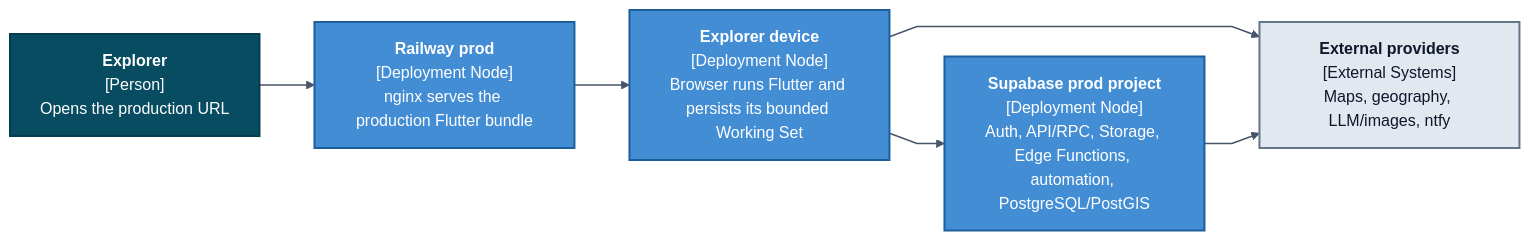
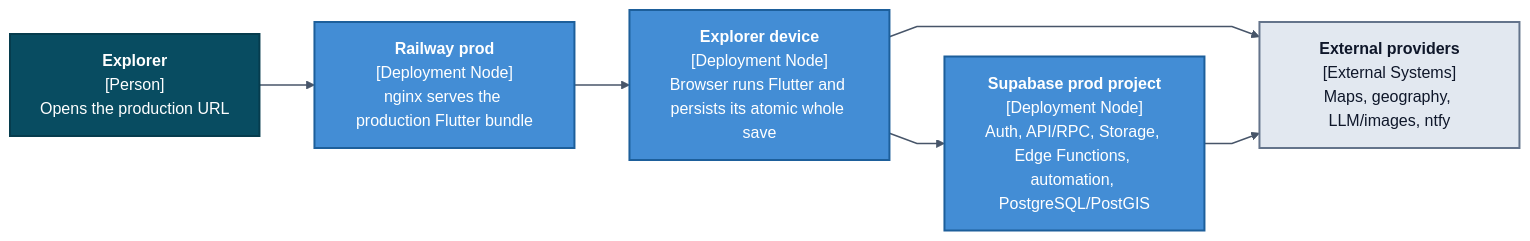
One commit to JMLegere/geo-app changed the diagram in docs/c4/11-deployment-prod-runtime.mmd. Above: the diagram before and after it, drawn with Mermaid. The commit also changed 46 other files, not shown here.

```diff
--- a/docs/c4/11-deployment-prod-runtime.mmd
+++ b/docs/c4/11-deployment-prod-runtime.mmd
@@ -1,22 +1,22 @@
 %% GENERATED by scripts/generate_c4_diagrams.py — do not edit.
 %%{init: {'theme': 'base', 'themeVariables': {'background': '#ffffff', 'primaryTextColor': '#0f172a', 'lineColor': '#475569', 'fontFamily': 'Arial, sans-serif', 'edgeLabelBackground': '#ffffff', 'actorLineColor': '#64748b', 'signalColor': '#334155', 'labelBoxBorderColor': '#475569', 'labelTextColor': '#0f172a', 'loopLineColor': '#64748b', 'loopTextColor': '#0f172a'}, 'sequence': {'mirrorActors': false, 'diagramMarginX': 30, 'diagramMarginY': 20, 'actorMargin': 40, 'messageMargin': 35}, 'flowchart': {'curve': 'linear', 'nodeSpacing': 40, 'rankSpacing': 55}}}%%
 flowchart LR
     explorer["<b>Explorer</b><br/>[Person]<br/>Opens the production URL"]
     railway["<b>Railway prod</b><br/>[Deployment Node]<br/>nginx serves the production Flutter bundle"]
-    device["<b>Explorer device</b><br/>[Deployment Node]<br/>Browser runs Flutter and persists its bounded Working Set"]
+    device["<b>Explorer device</b><br/>[Deployment Node]<br/>Browser runs Flutter and persists its atomic whole save"]
     supabase["<b>Supabase prod project</b><br/>[Deployment Node]<br/>Auth, API/RPC, Storage, Edge Functions, automation, PostgreSQL/PostGIS"]
     providers["<b>External providers</b><br/>[External Systems]<br/>Maps, geography, LLM/images, ntfy"]
 
     explorer --> railway
     railway --> device
     device --> supabase
     device --> providers
     supabase --> providers
 
     class explorer person
     class railway,device,supabase deployment
     class providers external
     classDef person fill:#084c61,color:#ffffff,stroke:#063c4d,stroke-width:2px;
     classDef deployment fill:#438dd5,color:#ffffff,stroke:#1d5f9b,stroke-width:2px;
     classDef external fill:#e2e8f0,color:#0f172a,stroke:#64748b,stroke-width:2px;
     linkStyle default stroke:#475569,color:#0f172a,stroke-width:1.5px;
```
